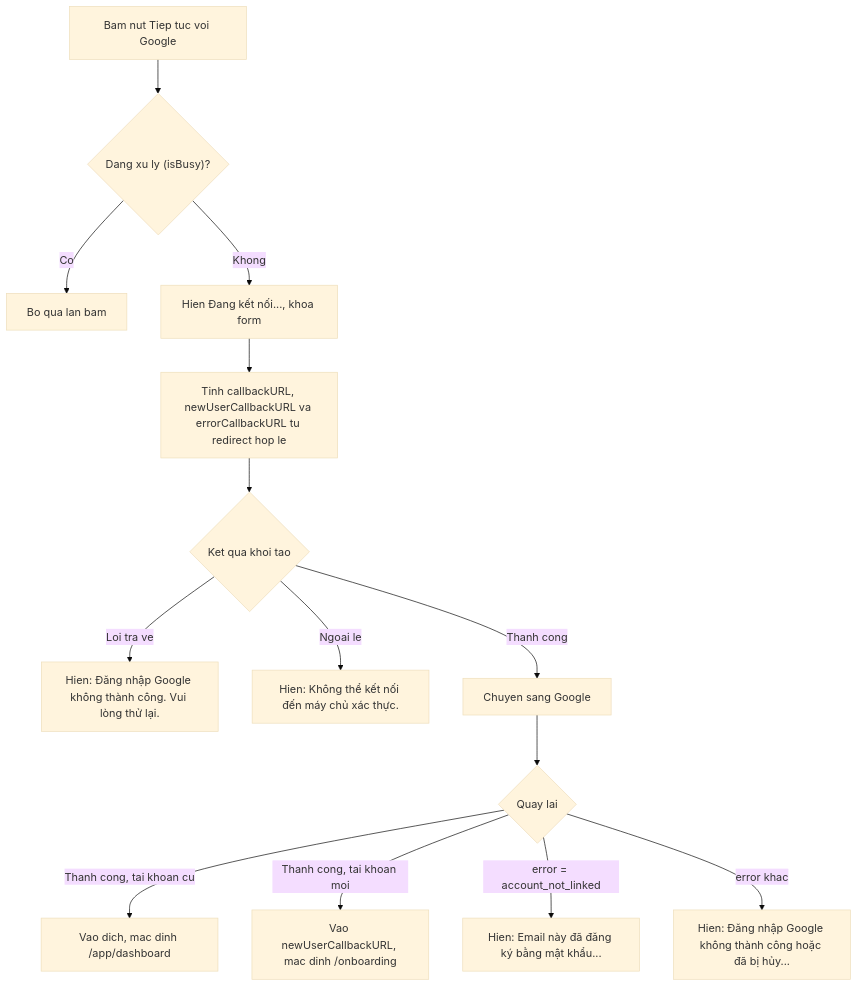
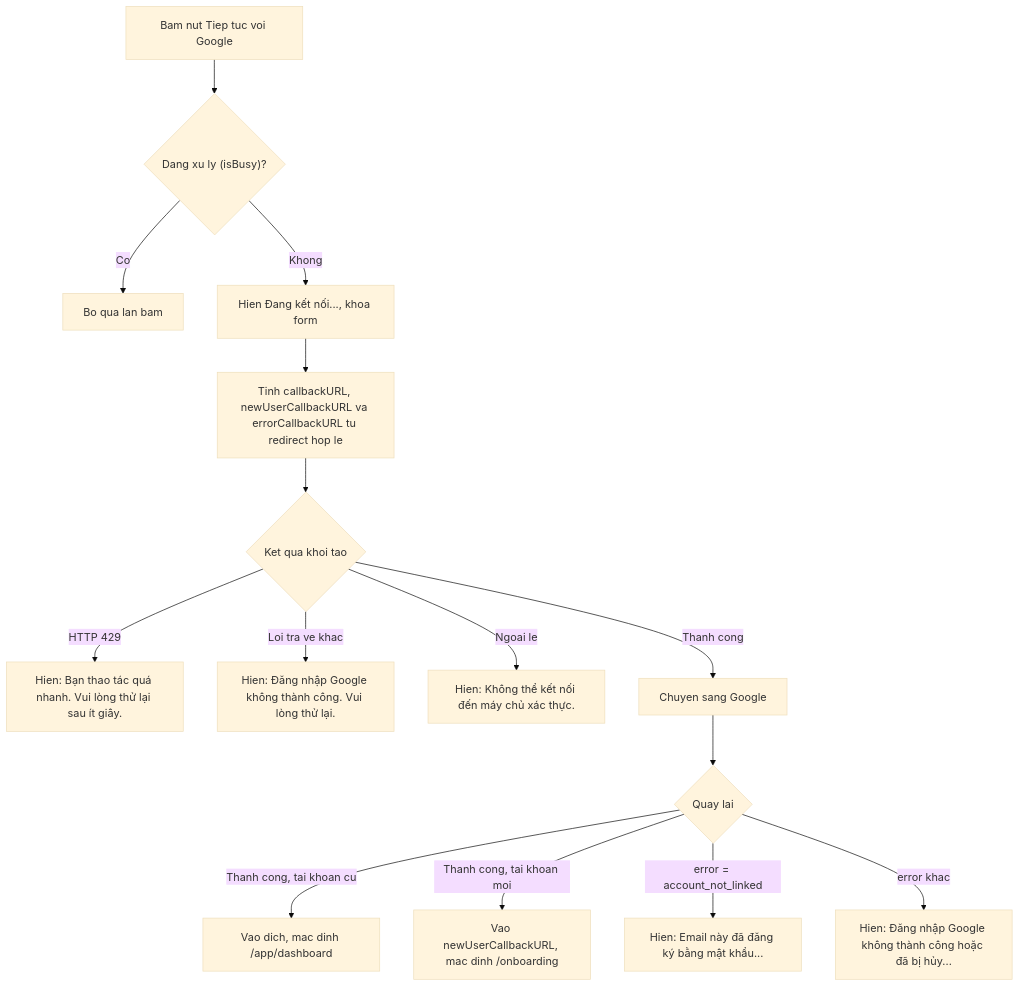
Before and after one commit to vinh19410/vox-flow: the sixth of 14 diagrams in docs/_reverse/auth-account/srs/auth-account-reverse-flows.md, drawn with Mermaid (base theme). The commit also changed other lines of this file and 14 other files, not shown here.

````diff
--- a/docs/_reverse/auth-account/srs/auth-account-reverse-flows.md
+++ b/docs/_reverse/auth-account/srs/auth-account-reverse-flows.md
@@ -160,16 +164,17 @@
 ```mermaid
 flowchart TD
     A["Bam nut Tiep tuc voi Google"] --> B{"Dang xu ly (isBusy)?"}
     B -->|Co| B1["Bo qua lan bam"]
     B -->|Khong| C["Hien Đang kết nối..., khoa form"]
     C --> D["Tinh callbackURL, newUserCallbackURL va errorCallbackURL tu redirect hop le"]
     D --> E{"Ket qua khoi tao"}
-    E -->|"Loi tra ve"| E1["Hien: Đăng nhập Google không thành công. Vui lòng thử lại."]
+    E -->|"HTTP 429"| E0["Hien: Bạn thao tác quá nhanh. Vui lòng thử lại sau ít giây."]
+    E -->|"Loi tra ve khac"| E1["Hien: Đăng nhập Google không thành công. Vui lòng thử lại."]
     E -->|"Ngoai le"| E2["Hien: Không thể kết nối đến máy chủ xác thực."]
     E -->|"Thanh cong"| F["Chuyen sang Google"]
     F --> G{"Quay lai"}
     G -->|"Thanh cong, tai khoan cu"| G1["Vao dich, mac dinh /app/dashboard"]
     G -->|"Thanh cong, tai khoan moi"| G1b["Vao newUserCallbackURL, mac dinh /onboarding"]
     G -->|"error = account_not_linked"| G2["Hien: Email này đã đăng ký bằng mật khẩu..."]
     G -->|"error khac"| G3["Hien: Đăng nhập Google không thành công hoặc đã bị hủy..."]
 ```
````
